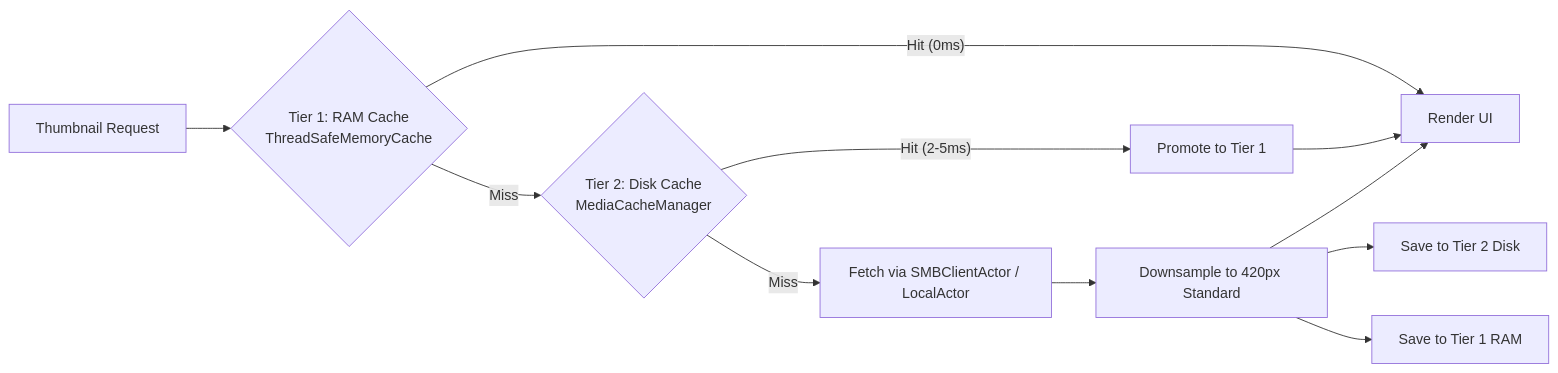
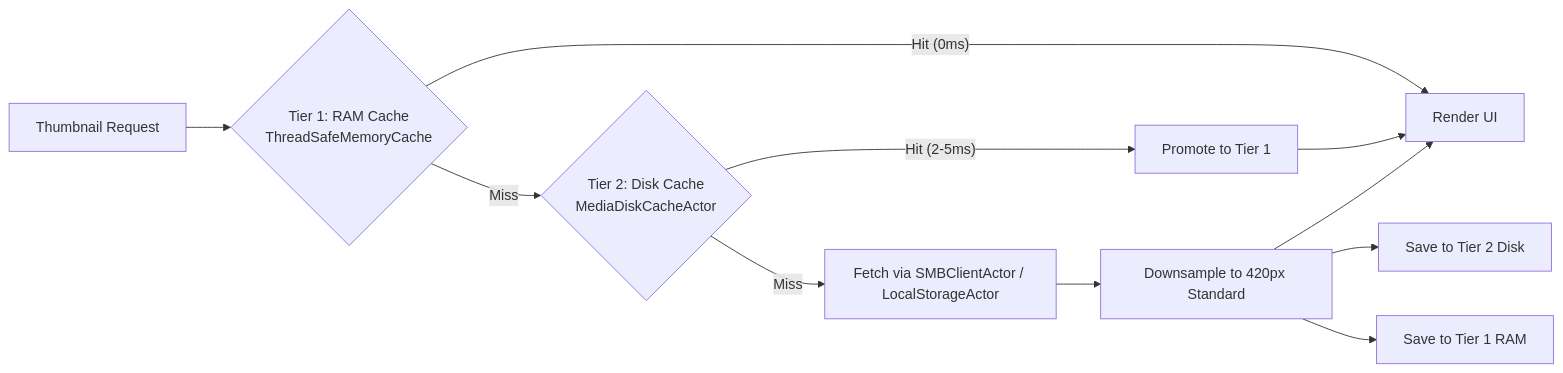
The first of 7 diagrams in README.md (NivekAlunya/com.acme.ios.fichier), drawn with Mermaid before and after one commit. The commit also changed other lines of this file and 4 other files, not shown here.

````diff
--- a/README.md
+++ b/README.md
@@ -76,12 +69,12 @@
 ```mermaid
 flowchart LR
     Request["Thumbnail Request"] --> Tier1{"Tier 1: RAM Cache<br/>ThreadSafeMemoryCache"}
     Tier1 -->|"Hit (0ms)"| Render["Render UI"]
-    Tier1 -->|Miss| Tier2{"Tier 2: Disk Cache<br/>MediaCacheManager"}
+    Tier1 -->|Miss| Tier2{"Tier 2: Disk Cache<br/>MediaDiskCacheActor"}
     Tier2 -->|"Hit (2-5ms)"| Promote["Promote to Tier 1"] --> Render
-    Tier2 -->|Miss| Remote["Fetch via SMBClientActor / LocalActor"]
+    Tier2 -->|Miss| Remote["Fetch via SMBClientActor / LocalStorageActor"]
     Remote --> Downsample["Downsample to 420px Standard"]
     Downsample --> SaveDisk["Save to Tier 2 Disk"]
     Downsample --> SaveRAM["Save to Tier 1 RAM"]
     Downsample --> Render
 ```
````
